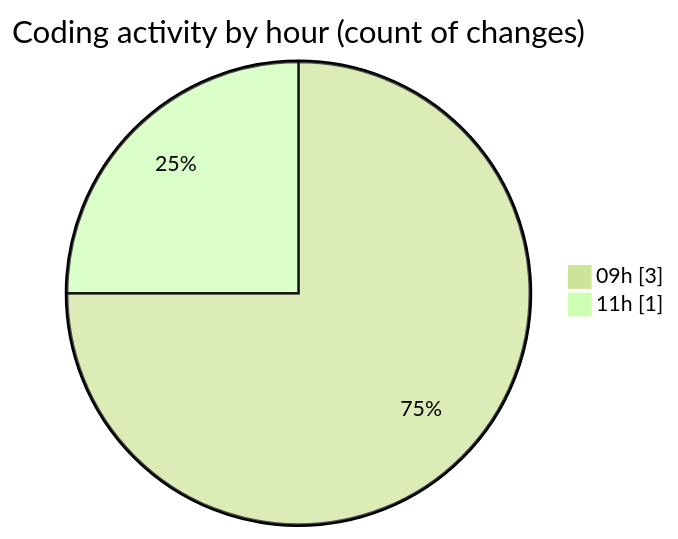
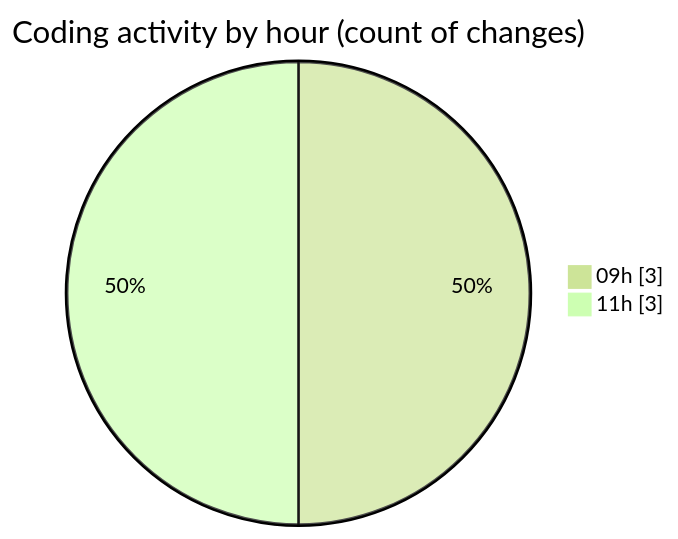
Before and after one commit to momahboobian/code-tracking: the second of 2 diagrams in 2026-10-19/cda/README.md, drawn with Mermaid (forest theme). The commit also changed other lines of this file and 1 other file, not shown here.

````diff
--- a/2026-10-19/cda/README.md
+++ b/2026-10-19/cda/README.md
@@ -28,6 +30,6 @@
 ```mermaid
 pie showData
 title Coding activity by hour (count of changes)
 "09h" : 3
-"11h" : 1
+"11h" : 3
 ```
````
